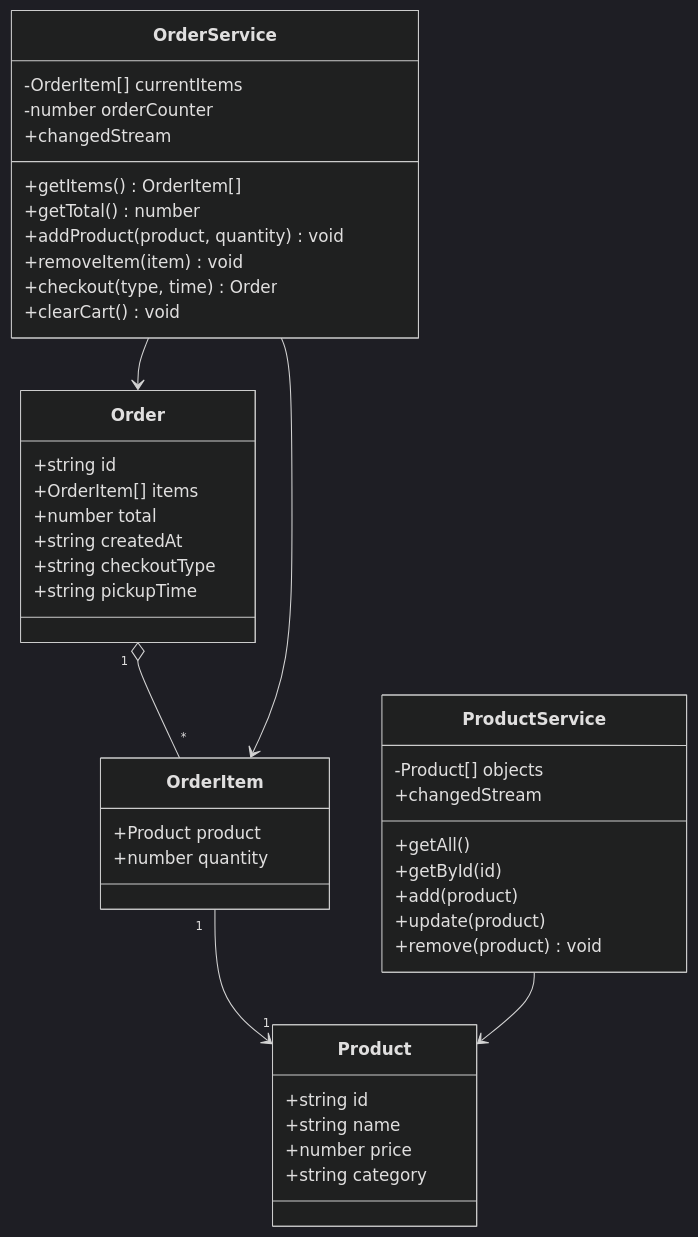
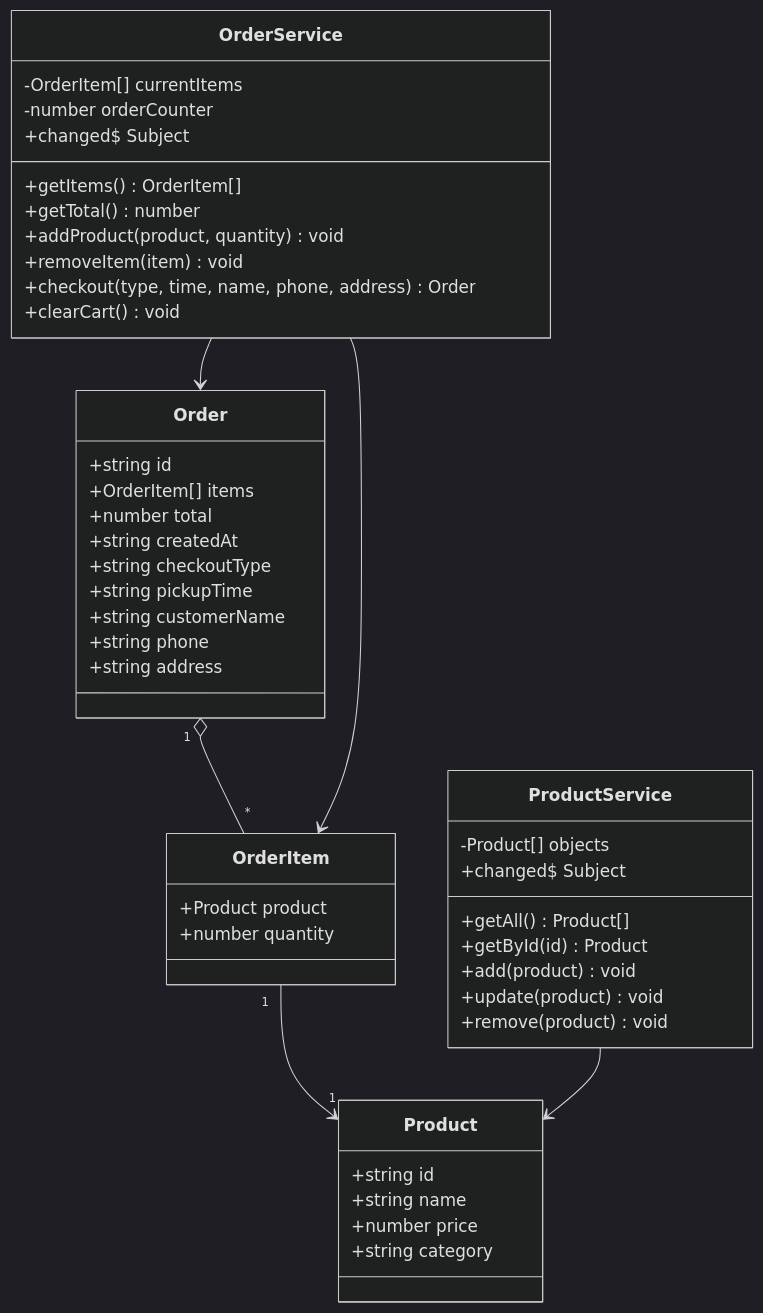
One commit to denisaandreea-a/McDenisa-Website-Pruefung changed the first of 4 diagrams in docs/wiki.md. Above: the diagram before and after it, drawn with Mermaid (dark theme). The commit also changed other lines of this file and 1 other file, not shown here.

````diff
--- a/docs/wiki.md
+++ b/docs/wiki.md
@@ -54,51 +260,54 @@
 ```mermaid
 classDiagram
   class Product {
     +string id
     +string name
     +number price
     +string category
   }
 
   class OrderItem {
     +Product product
     +number quantity
   }
 
   class Order {
     +string id
     +OrderItem[] items
     +number total
     +string createdAt
     +string checkoutType
     +string pickupTime
+    +string customerName
+    +string phone
+    +string address
   }
 
   class ProductService {
     -Product[] objects
-    +changedStream
-    +getAll()
-    +getById(id)
-    +add(product)
-    +update(product)
+    +changed$ Subject
+    +getAll() Product[]
+    +getById(id) Product
+    +add(product) void
+    +update(product) void
     +remove(product) void
   }
 
   class OrderService {
     -OrderItem[] currentItems
     -number orderCounter
-    +changedStream
+    +changed$ Subject
     +getItems() OrderItem[]
     +getTotal() number
     +addProduct(product, quantity) void
     +removeItem(item) void
-    +checkout(type, time) Order
+    +checkout(type, time, name, phone, address) Order
     +clearCart() void
   }
 
   Order "1" o-- "*" OrderItem
   OrderItem "1" --> "1" Product
   ProductService --> Product
   OrderService --> Order
   OrderService --> OrderItem
 ```
````
